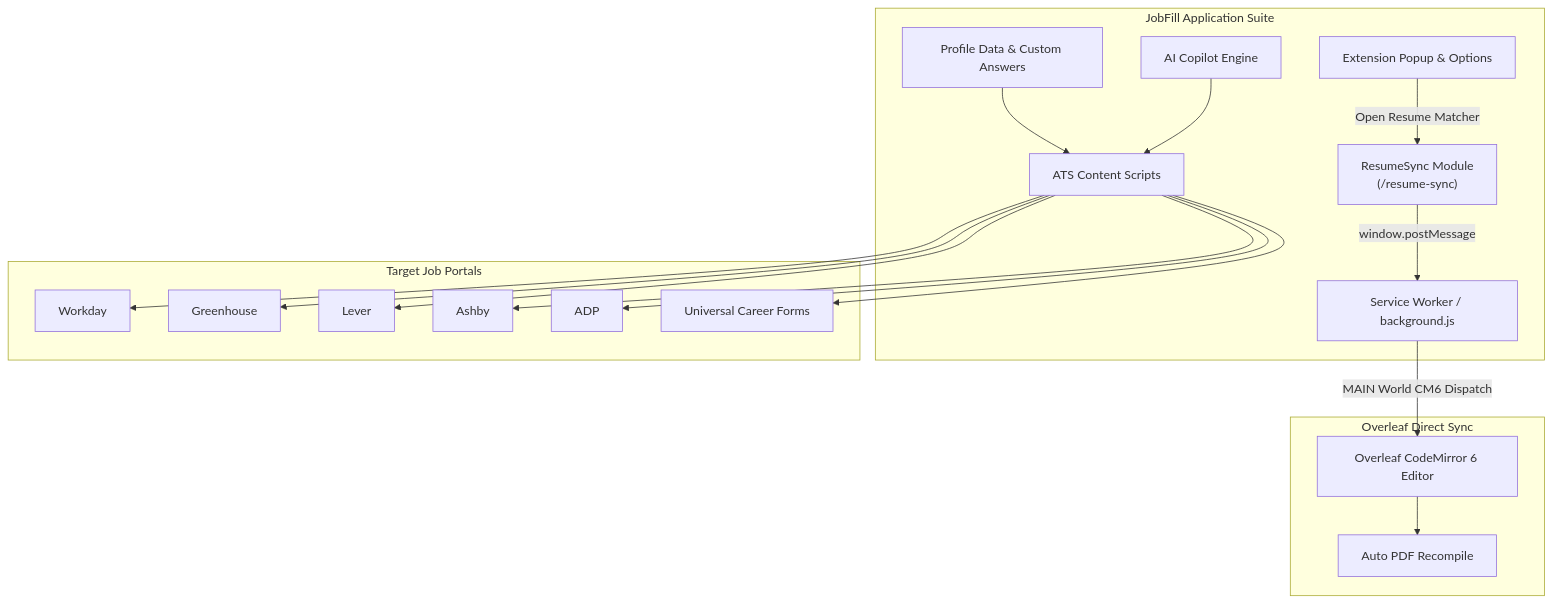
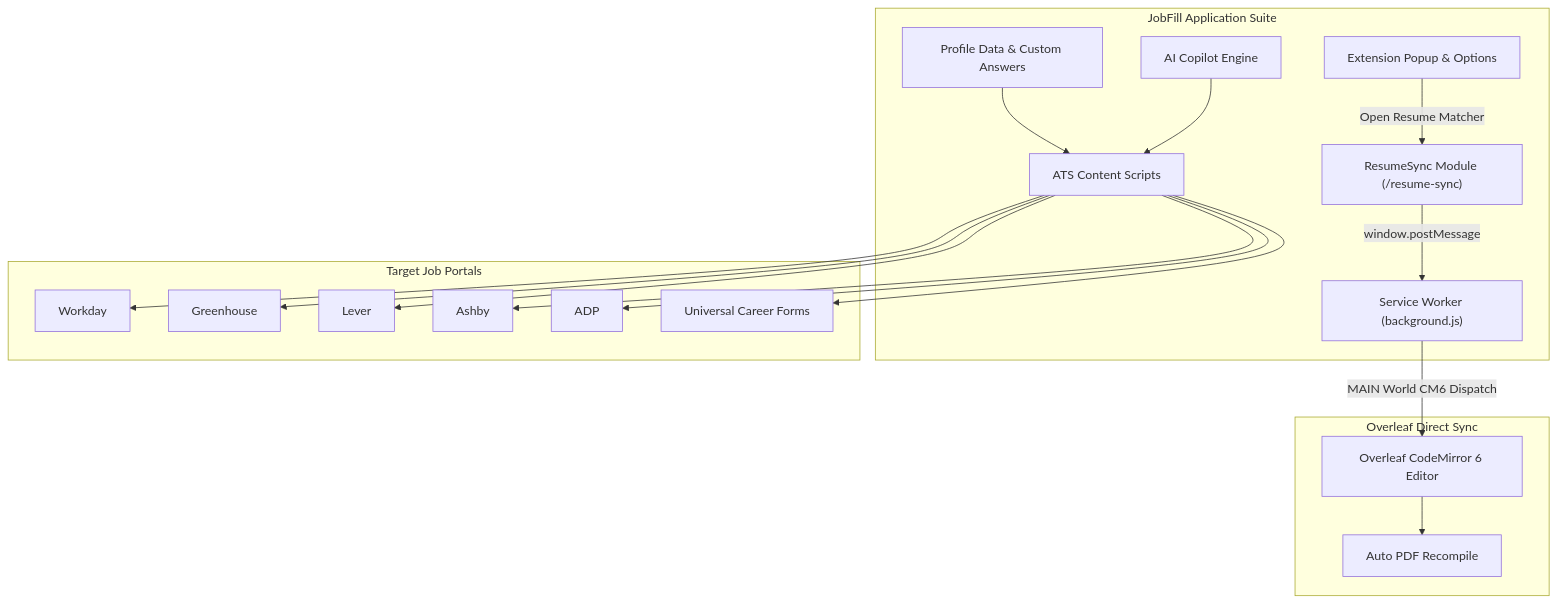
One commit to Shivamshuroy448/jobfill-extension changed the diagram in README.md. Above: the diagram before and after it, drawn with Mermaid. The commit also changed 1 other file, not shown here.

Commit message:
fix(docs): resolve Mermaid diagram parse error by quoting labels and escaping pipes

````diff
--- a/README.md
+++ b/README.md
@@ -20,39 +20,39 @@
 ```mermaid
 flowchart TD
-    subgraph JobFill Application Suite
-        ExtPopup[Extension Popup & Options]
-        ProfileDB[Profile Data & Custom Answers]
-        Worker[Service Worker / background.js]
-        ContentScript[ATS Content Scripts]
-        Copilot[AI Copilot Engine]
-        ResumeSyncModule["ResumeSync Module\n(/resume-sync)"]
+    subgraph Suite["JobFill Application Suite"]
+        ExtPopup["Extension Popup & Options"]
+        ProfileDB["Profile Data & Custom Answers"]
+        Worker["Service Worker (background.js)"]
+        ContentScript["ATS Content Scripts"]
+        Copilot["AI Copilot Engine"]
+        ResumeSyncModule["ResumeSync Module (/resume-sync)"]
     end
 
-    subgraph Target Job Portals
-        Workday[Workday]
-        Greenhouse[Greenhouse]
-        Lever[Lever]
-        Ashby[Ashby]
-        ADP[ADP]
-        Universal[Universal Career Forms]
+    subgraph Portals["Target Job Portals"]
+        Workday["Workday"]
+        Greenhouse["Greenhouse"]
+        Lever["Lever"]
+        Ashby["Ashby"]
+        ADP["ADP"]
+        Universal["Universal Career Forms"]
     end
 
-    subgraph Overleaf Direct Sync
-        OverleafTab[Overleaf CodeMirror 6 Editor]
-        PDFRecompile[Auto PDF Recompile]
+    subgraph Overleaf["Overleaf Direct Sync"]
+        OverleafTab["Overleaf CodeMirror 6 Editor"]
+        PDFRecompile["Auto PDF Recompile"]
     end
 
     ProfileDB --> ContentScript
     Copilot --> ContentScript
     ContentScript --> Workday
     ContentScript --> Greenhouse
     ContentScript --> Lever
     ContentScript --> Ashby
     ContentScript --> ADP
     ContentScript --> Universal
 
-    ExtPopup -->|Open Resume Matcher| ResumeSyncModule
-    ResumeSyncModule -->|window.postMessage| Worker
-    Worker -->|MAIN World CM6 Dispatch| OverleafTab
+    ExtPopup -->|"Open Resume Matcher"| ResumeSyncModule
+    ResumeSyncModule -->|"window.postMessage"| Worker
+    Worker -->|"MAIN World CM6 Dispatch"| OverleafTab
     OverleafTab --> PDFRecompile
 ```
````
